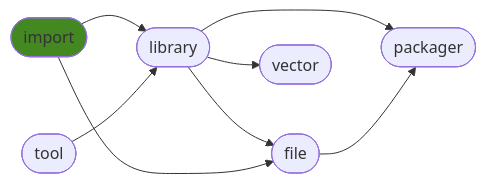
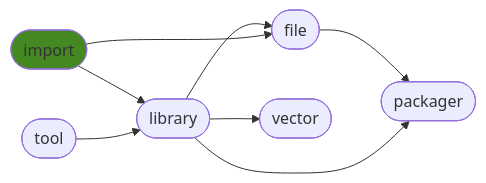
The diagram in README.md (ManderaGeneral/generalimport), drawn with Mermaid before and after one commit. The commit also changed other lines of this file, not shown here.

````diff
--- a/README.md
+++ b/README.md
@@ -28,17 +28,17 @@
 ```mermaid
 flowchart LR
+3([file]) --> 5([packager])
 2([library]) --> 5([packager])
+2([library]) --> 3([file])
 0([import]) --> 2([library])
-2([library]) --> 3([file])
-3([file]) --> 5([packager])
+1([tool]) --> 2([library])
 2([library]) --> 4([vector])
-1([tool]) --> 2([library])
 0([import]) --> 3([file])
 click 0 "https://github.com/ManderaGeneral/generalimport"
 click 1 "https://github.com/ManderaGeneral/generaltool"
 click 2 "https://github.com/ManderaGeneral/generallibrary"
 click 3 "https://github.com/ManderaGeneral/generalfile"
 click 4 "https://github.com/ManderaGeneral/generalvector"
 click 5 "https://github.com/ManderaGeneral/generalpackager"
 style 0 fill:#482
 ```
````
